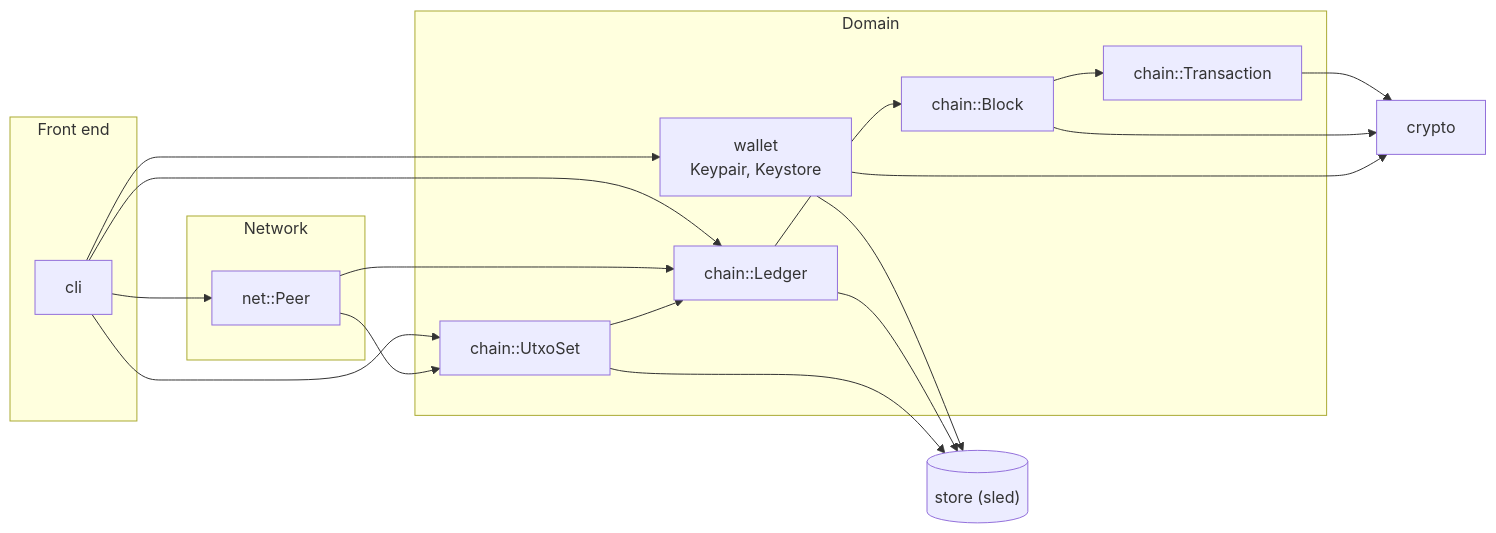
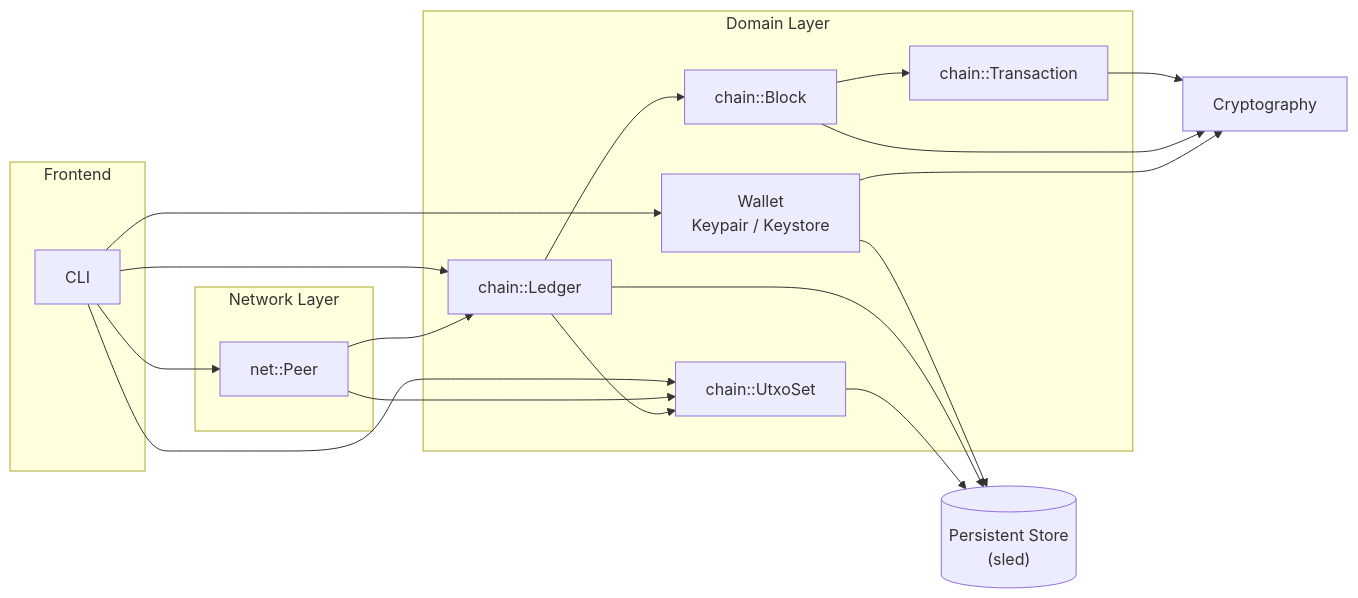
Before and after one commit to walidwh21/MiniChain: the first of 9 diagrams in README.md, drawn with Mermaid. The commit also changed other lines of this file, not shown here.

````diff
--- a/README.md
+++ b/README.md
@@ -25,34 +25,41 @@
 ```mermaid
 flowchart LR
-    subgraph Front["Front end"]
-        CLI["cli"]
+    subgraph Front["Frontend"]
+        CLI["CLI"]
     end
-    subgraph Domain["Domain"]
-        W["wallet<br/>Keypair, Keystore"]
+
+    subgraph Domain["Domain Layer"]
+        W["Wallet<br/>Keypair / Keystore"]
         L["chain::Ledger"]
         U["chain::UtxoSet"]
         B["chain::Block"]
         T["chain::Transaction"]
     end
-    subgraph Net["Network"]
+
+    subgraph Net["Network Layer"]
         P["net::Peer"]
     end
-    S[("store (sled)")]
-    C["crypto"]
+
+    S[("Persistent Store<br/>(sled)")]
+    C["Cryptography"]
 
     CLI --> W
     CLI --> L
     CLI --> U
     CLI --> P
+
     P --> L
     P --> U
-    U --> L
+
+    L --> U
     L --> B
     B --> T
+
     W --> S
     L --> S
     U --> S
+
     T --> C
     B --> C
     W --> C
 ```
````
